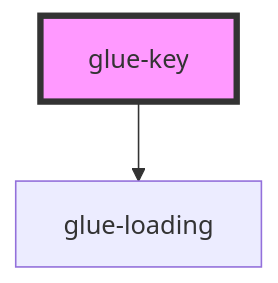
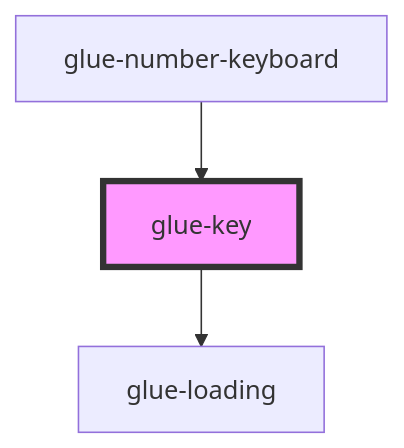
One commit to grasilife/glue changed the diagram in packages/glue-components/src/components/glue-key/readme.md. Above: the diagram before and after it, drawn with Mermaid. The commit also changed other lines of this file and 29 other files, not shown here.

Commit message:
完善Icon 图标文档

````diff
--- a/packages/glue-components/src/components/glue-key/readme.md
+++ b/packages/glue-components/src/components/glue-key/readme.md
@@ -27,5 +31,6 @@
 ```mermaid
 graph TD;
   glue-key --> glue-loading
+  glue-number-keyboard --> glue-key
   style glue-key fill:#f9f,stroke:#333,stroke-width:4px
 ```
````
